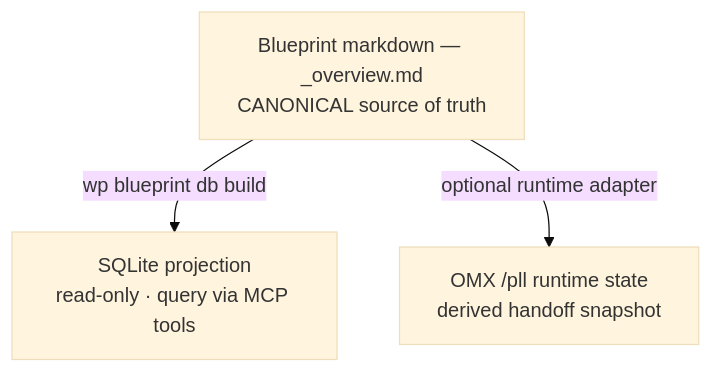
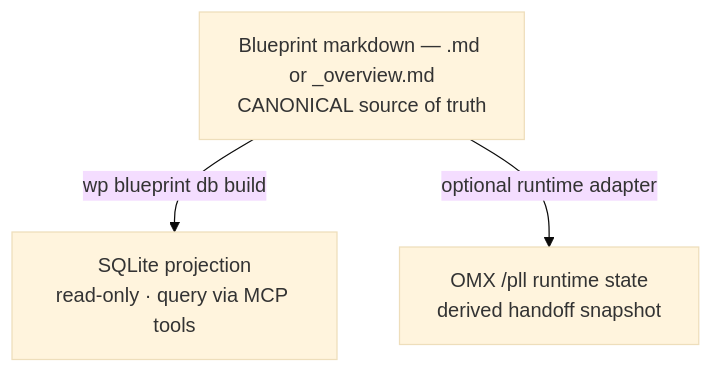
The third of 3 diagrams in docs/lifecycle.md (webpresso/agent-kit), drawn with Mermaid (base theme) before and after one commit. The commit also changed other lines of this file and 38 other files, not shown here.

````diff
--- a/docs/lifecycle.md
+++ b/docs/lifecycle.md
@@ -182,6 +182,6 @@
 ```mermaid
 flowchart TD
-    MD["Blueprint markdown — _overview.md<br/>CANONICAL source of truth"]
+    MD["Blueprint markdown — <slug>.md or _overview.md<br/>CANONICAL source of truth"]
     MD -->|wp blueprint db build| SQL["SQLite projection<br/>read-only · query via MCP tools"]
     MD -->|optional runtime adapter| OMX["OMX /pll runtime state<br/>derived handoff snapshot"]
 ```
````
